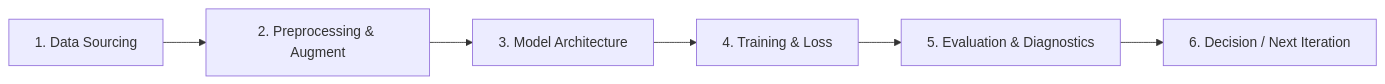
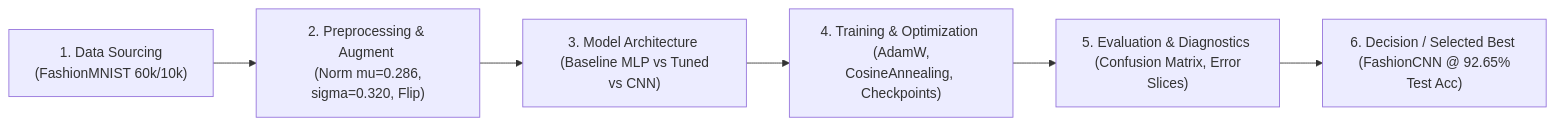
One commit to lacthui06/Lab-DL changed the diagram in labs/lab01/walkthrough_lab_01.md. Above: the diagram before and after it, drawn with Mermaid. The commit also changed other lines of this file and 23 other files, not shown here.

````diff
--- a/labs/lab01/walkthrough_lab_01.md
+++ b/labs/lab01/walkthrough_lab_01.md
@@ -11,8 +11,8 @@
 ```mermaid
 graph LR
-    A["1. Data Sourcing"] --> B["2. Preprocessing & Augment"]
-    B --> C["3. Model Architecture"]
-    C --> D["4. Training & Loss"]
-    D --> E["5. Evaluation & Diagnostics"]
-    E --> F["6. Decision / Next Iteration"]
+    A["1. Data Sourcing <br> (FashionMNIST 60k/10k)"] --> B["2. Preprocessing & Augment <br> (Norm mu=0.286, sigma=0.320, Flip)"]
+    B --> C["3. Model Architecture <br> (Baseline MLP vs Tuned vs CNN)"]
+    C --> D["4. Training & Optimization <br> (AdamW, CosineAnnealing, Checkpoints)"]
+    D --> E["5. Evaluation & Diagnostics <br> (Confusion Matrix, Error Slices)"]
+    E --> F["6. Decision / Selected Best <br> (FashionCNN @ 92.65% Test Acc)"]
 ```
````
